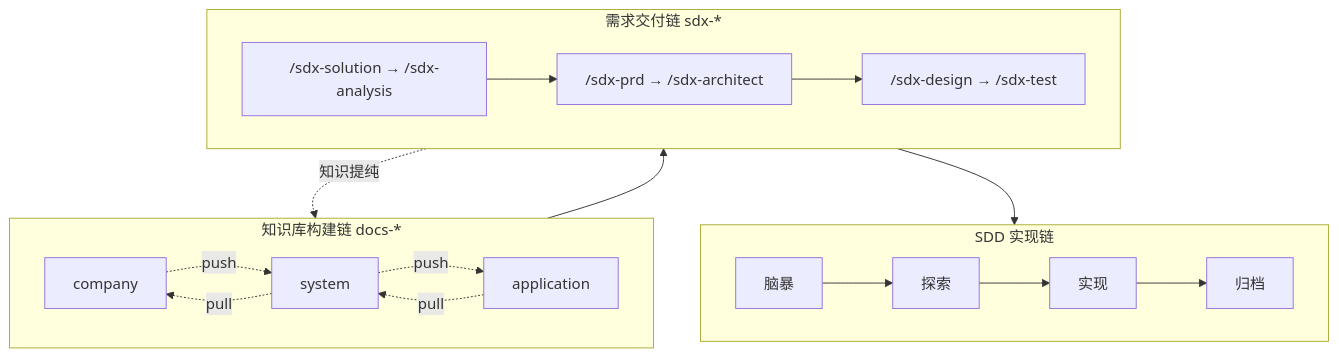
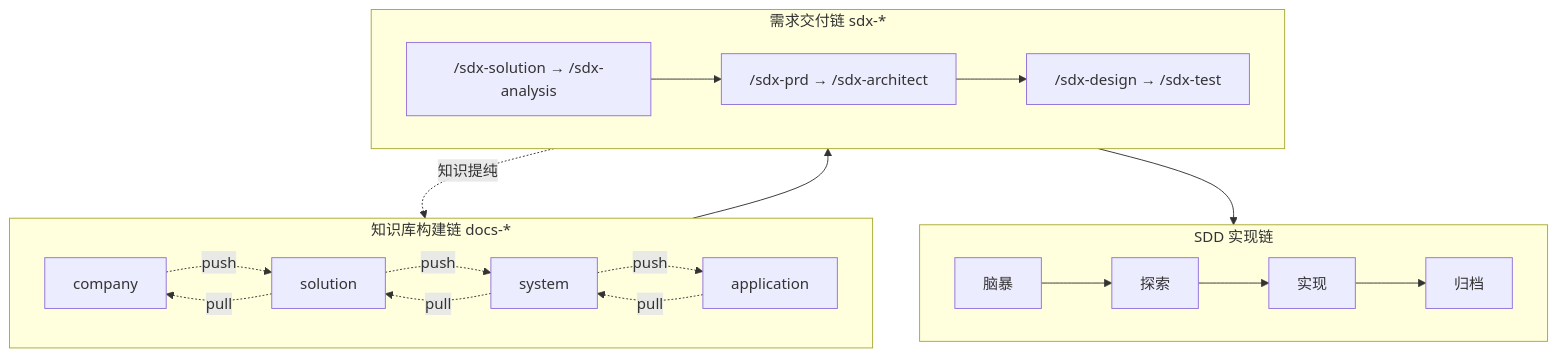
Before and after one commit to oleewen/ai-knowledge: the diagram in README.md, drawn with Mermaid. The commit also changed other lines of this file and 351 other files, not shown here.

````diff
--- a/README.md
+++ b/README.md
@@ -105,18 +107,18 @@
 ```mermaid
 flowchart TD
     subgraph KB["知识库构建链 docs-*"]
         direction LR
-        KB_CO["company"] -. push .-> KB_SYS["system"] -. push .-> KB_APP["application"]
-        KB_APP -. pull .-> KB_SYS -. pull .-> KB_CO
+        KB_CO["company"] -. push .-> KB_SLN["solution"] -. push .-> KB_SYS["system"] -. push .-> KB_APP["application"]
+        KB_APP -. pull .-> KB_SYS -. pull .-> KB_SLN -. pull .-> KB_CO
     end
     subgraph RD["需求交付链 sdx-*"]
         direction LR
         RD1["/sdx-solution → /sdx-analysis"] --> RD2["/sdx-prd → /sdx-architect"] --> RD3["/sdx-design → /sdx-test"]
     end
     subgraph SDD["SDD 实现链"]
         direction LR
         SDD1["脑暴"] --> SDD2["探索"] --> SDD3["实现"] --> SDD4["归档"]
     end
     RD -. 知识提纯 .-> KB
     KB --> RD --> SDD
 ```
````
